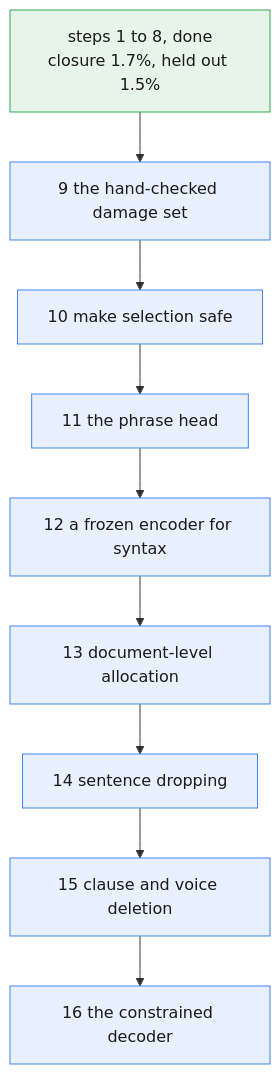
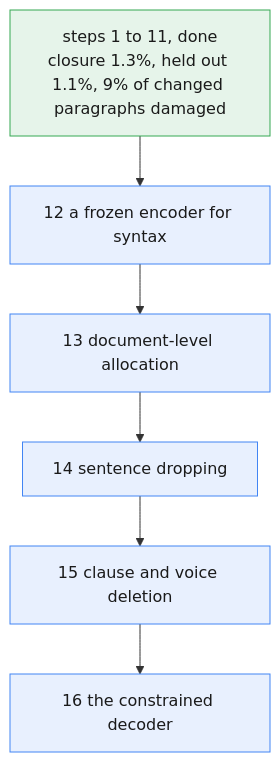
Before and after one commit to mashud37/kopi-workers: the diagram in workers/kopi-linter/docs/plan.md, drawn with Mermaid. The commit also changed other lines of this file and 21 other files, not shown here.

````diff
--- a/workers/kopi-linter/docs/plan.md
+++ b/workers/kopi-linter/docs/plan.md
@@ -104,15 +105,12 @@
 ```mermaid
 flowchart TD
-    D["steps 1 to 8, done<br/>closure 1.7%, held out 1.5%"] --> S9["9 the hand-checked damage set"]
-    S9 --> S10["10 make selection safe"]
-    S10 --> S11["11 the phrase head"]
-    S11 --> S12["12 a frozen encoder for syntax"]
+    D["steps 1 to 11, done<br/>closure 1.3%, held out 1.1%, 9% of changed paragraphs damaged"] --> S12["12 a frozen encoder for syntax"]
     S12 --> S13["13 document-level allocation"]
     S13 --> S14["14 sentence dropping"]
     S14 --> S15["15 clause and voice deletion"]
     S15 --> S16["16 the constrained decoder"]
     classDef done fill:#e6f4ea,stroke:#34a853,color:#1a1a1a;
     classDef open fill:#e8f0fe,stroke:#4285f4,color:#1a1a1a;
     class D done;
-    class S9,S10,S11,S12,S13,S14,S15,S16 open;
+    class S12,S13,S14,S15,S16 open;
 ```
````
